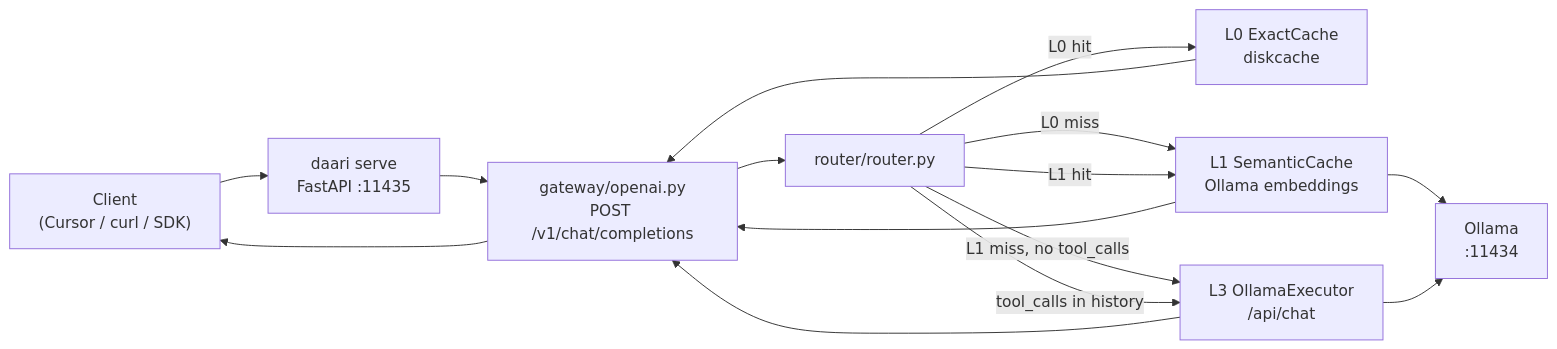
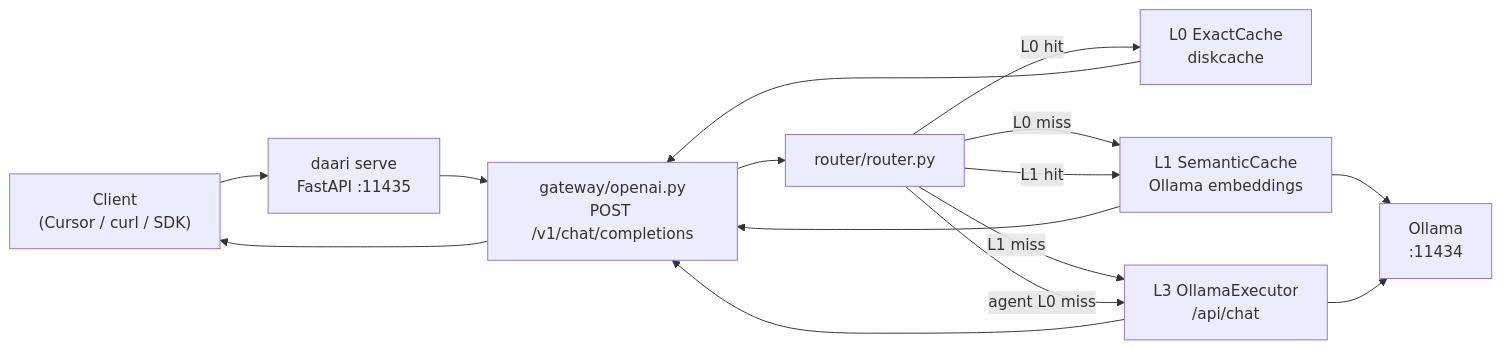
Before and after one commit to naveenreddyalka/daari: the diagram in docs/ARCHITECTURE.md, drawn with Mermaid. The commit also changed other lines of this file and 13 other files, not shown here.

````diff
--- a/docs/ARCHITECTURE.md
+++ b/docs/ARCHITECTURE.md
@@ -182,26 +182,26 @@
 ```mermaid
 flowchart LR
   Client["Client\n(Cursor / curl / SDK)"]
   Serve["daari serve\nFastAPI :11435"]
   GW["gateway/openai.py\nPOST /v1/chat/completions"]
   Router["router/router.py"]
   L0["L0 ExactCache\ndiskcache"]
   L1["L1 SemanticCache\nOllama embeddings"]
   L3["L3 OllamaExecutor\n/api/chat"]
   Ollama["Ollama\n:11434"]
 
   Client --> Serve
   Serve --> GW
   GW --> Router
   Router -->|"L0 miss"| L1
-  Router -->|"L1 miss, no tool_calls"| L3
+  Router -->|"L1 miss"| L3
   Router -->|"L0 hit"| L0
   Router -->|"L1 hit"| L1
-  Router -->|"tool_calls in history"| L3
+  Router -->|"agent L0 miss"| L3
   L1 --> Ollama
   L3 --> Ollama
   L0 --> GW
   L1 --> GW
   L3 --> GW
   GW --> Client
 ```
````
